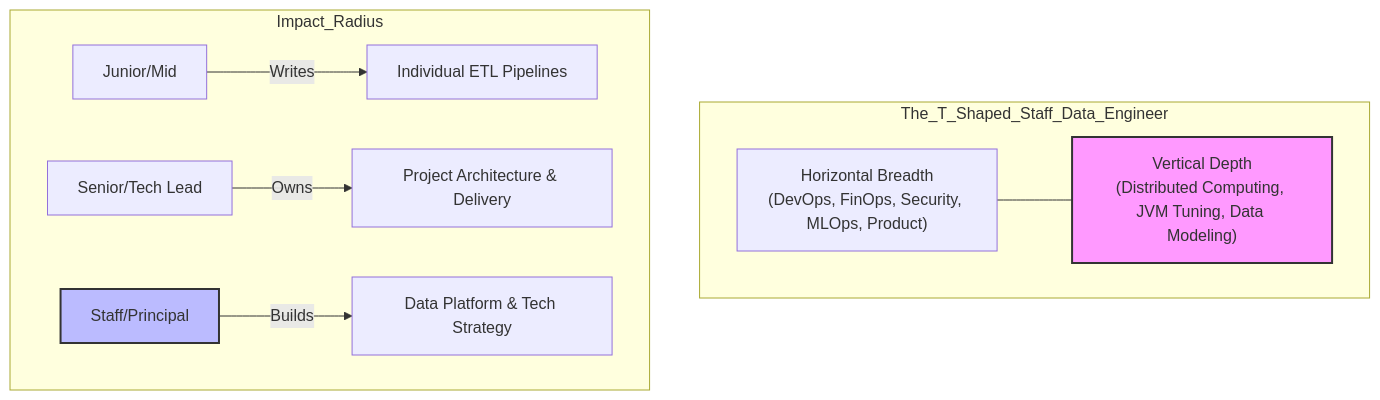
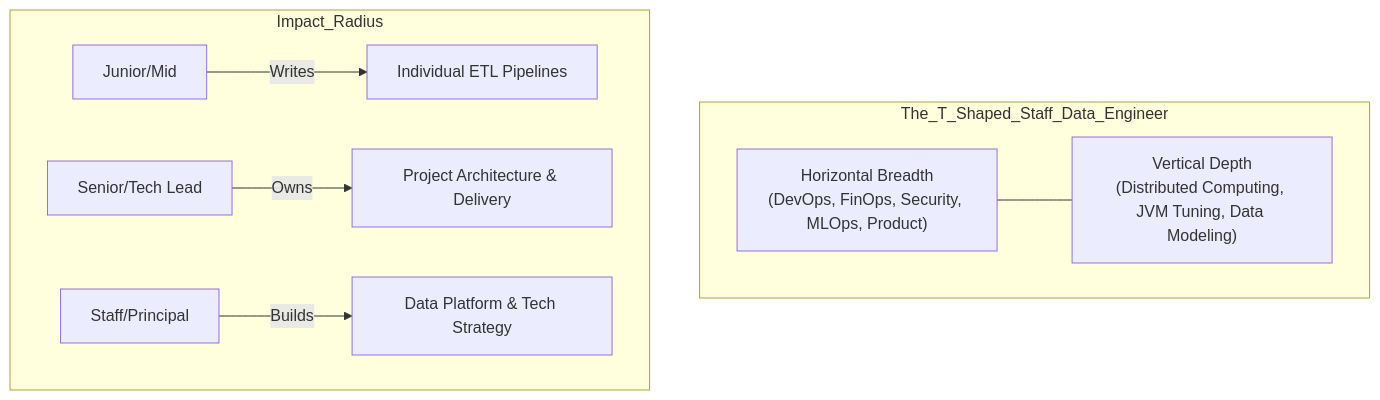
The diagram in src/content/docs/concepts/1-distributed-systems-architecture/data-engineer-role.md (kythuatdulieu/kythuatdulieu.github.io), drawn with Mermaid before and after one commit. The commit also changed 682 other files, not shown here.

````diff
--- a/src/content/docs/concepts/1-distributed-systems-architecture/data-engineer-role.md
+++ b/src/content/docs/concepts/1-distributed-systems-architecture/data-engineer-role.md
@@ -28,17 +28,16 @@
 ```mermaid
 graph TD
     subgraph The_T_Shaped_Staff_Data_Engineer
         A["Horizontal Breadth<br/>(DevOps, FinOps, Security, MLOps, Product)"]
         B["Vertical Depth<br/>(Distributed Computing, JVM Tuning, Data Modeling)"]
         A --- B
     end
     
     subgraph Impact_Radius
         C["Junior/Mid"] -->|Writes| D["Individual ETL Pipelines"]
         E["Senior/Tech Lead"] -->|Owns| F["Project Architecture & Delivery"]
         G["Staff/Principal"] -->|Builds| H["Data Platform & Tech Strategy"]
     end
-    
-    style B fill:#f9f,stroke:#333,stroke-width:2px
-    style G fill:#bbf,stroke:#333,stroke-width:2px
+
+
 ```
````
